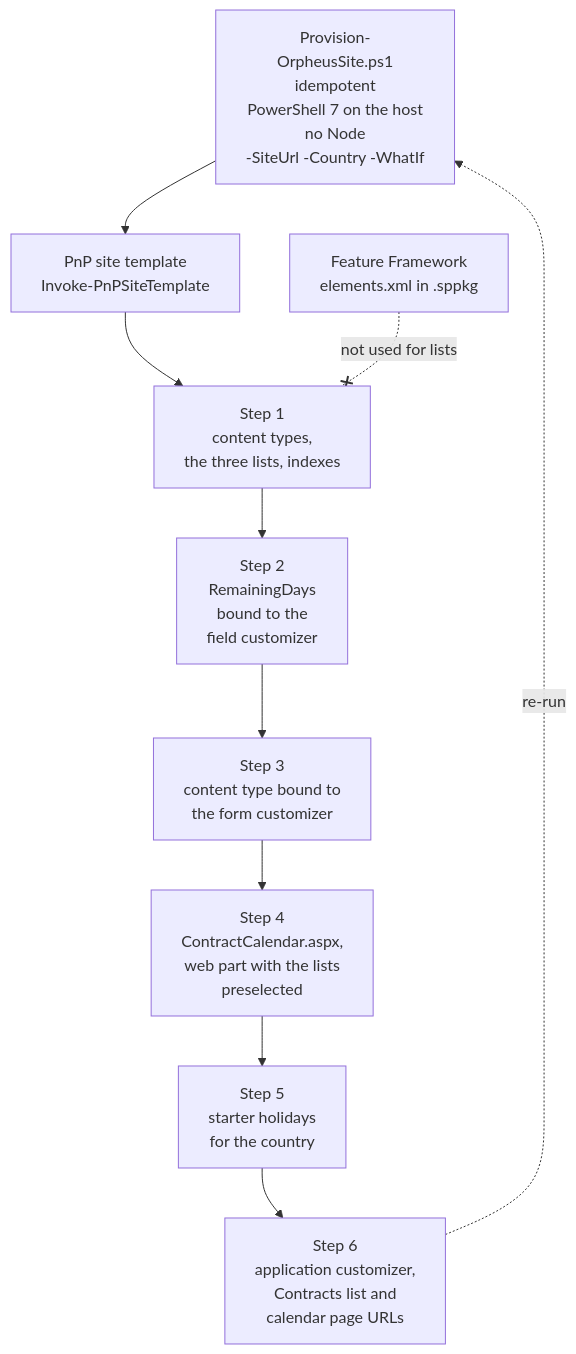
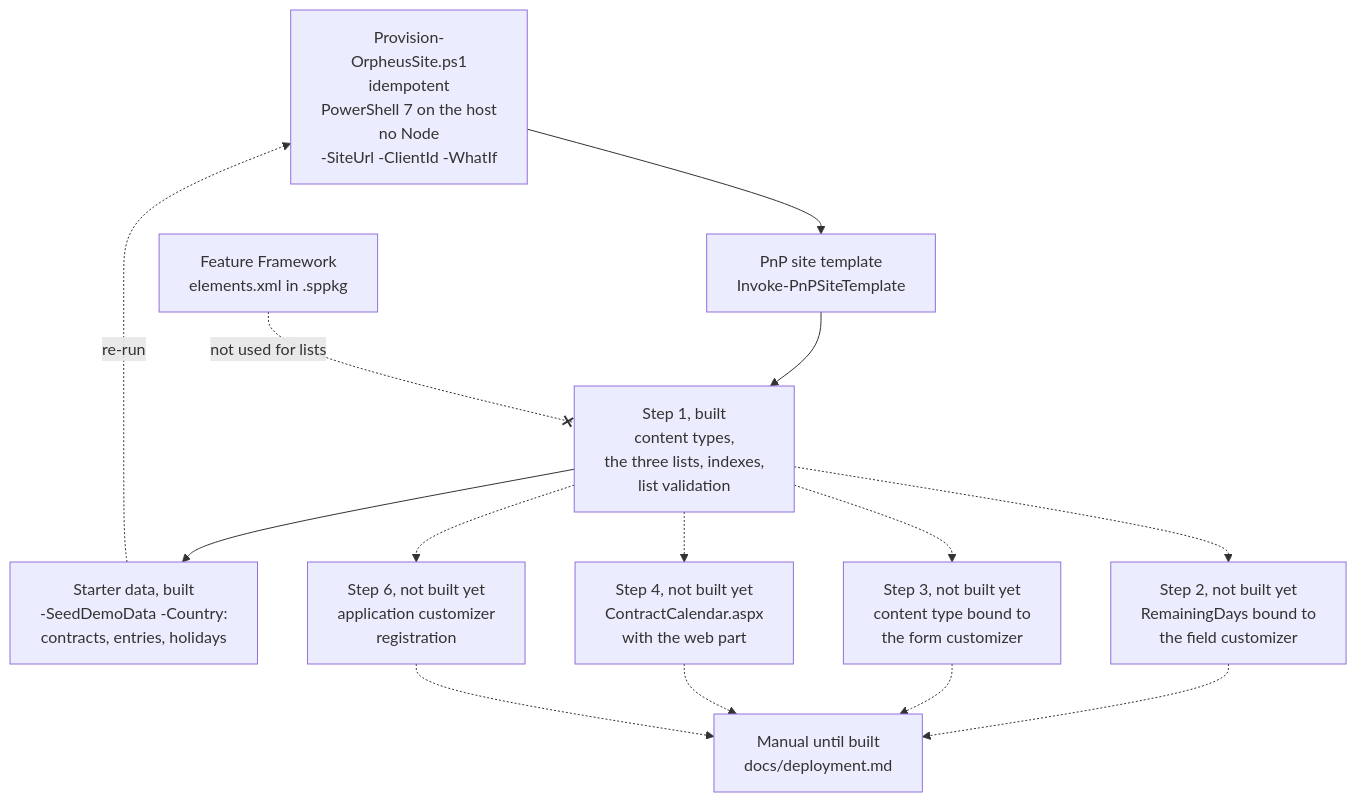
Before and after one commit to Sartor87/orpheus-systems-sharepoint: the diagram in architecture/adr/0006-idempotent-pnp-powershell-provisioning.md, drawn with Mermaid. The commit also changed other lines of this file and 9 other files, not shown here.

````diff
--- a/architecture/adr/0006-idempotent-pnp-powershell-provisioning.md
+++ b/architecture/adr/0006-idempotent-pnp-powershell-provisioning.md
@@ -38,12 +38,13 @@
 ```mermaid
 flowchart TB
-  RUN["Provision-<br/>OrpheusSite.ps1<br/>idempotent<br/>PowerShell 7 on the host<br/>no Node<br/>-SiteUrl -Country -WhatIf"] --> TPL["PnP site template<br/>Invoke-PnPSiteTemplate"]
-  TPL --> S1["Step 1<br/>content types,<br/>the three lists, indexes"]
-  S1 --> S2["Step 2<br/>RemainingDays<br/>bound to the<br/>field customizer"]
-  S2 --> S3["Step 3<br/>content type bound to<br/>the form customizer"]
-  S3 --> S4["Step 4<br/>ContractCalendar.aspx,<br/>web part with the lists<br/>preselected"]
-  S4 --> S5["Step 5<br/>starter holidays<br/>for the country"]
-  S5 --> S6["Step 6<br/>application customizer,<br/>Contracts list and<br/>calendar page URLs"]
-  S6 -.->|"re-run"| RUN
+  RUN["Provision-<br/>OrpheusSite.ps1<br/>idempotent<br/>PowerShell 7 on the host<br/>no Node<br/>-SiteUrl -ClientId -WhatIf"] --> TPL["PnP site template<br/>Invoke-PnPSiteTemplate"]
+  TPL --> S1["Step 1, built<br/>content types,<br/>the three lists, indexes,<br/>list validation"]
+  S1 --> S5["Starter data, built<br/>-SeedDemoData -Country:<br/>contracts, entries, holidays"]
+  S1 -.-> S2["Step 2, not built yet<br/>RemainingDays bound to<br/>the field customizer"]
+  S1 -.-> S3["Step 3, not built yet<br/>content type bound to<br/>the form customizer"]
+  S1 -.-> S4["Step 4, not built yet<br/>ContractCalendar.aspx<br/>with the web part"]
+  S1 -.-> S6["Step 6, not built yet<br/>application customizer<br/>registration"]
+  S2 & S3 & S4 & S6 -.-> MAN["Manual until built<br/>docs/deployment.md"]
+  S5 -.->|"re-run"| RUN
   FF["Feature Framework<br/>elements.xml in .sppkg"] -.-x|"not used for lists"| S1
 ```
````
